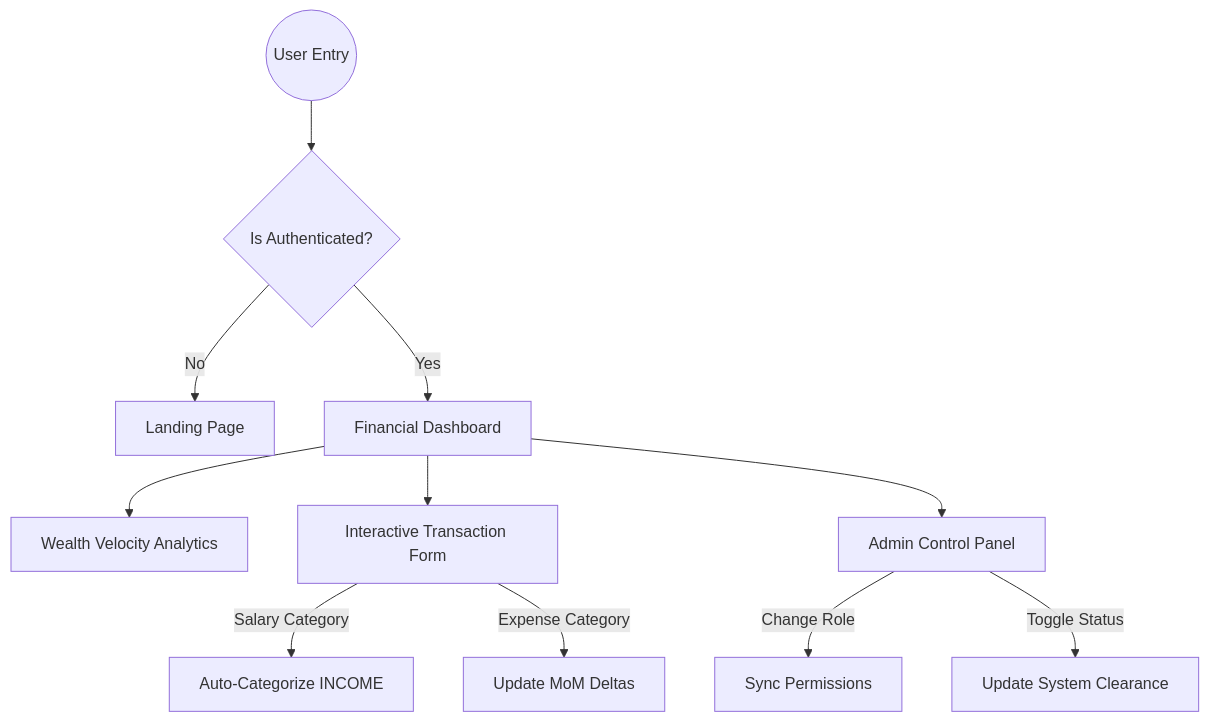
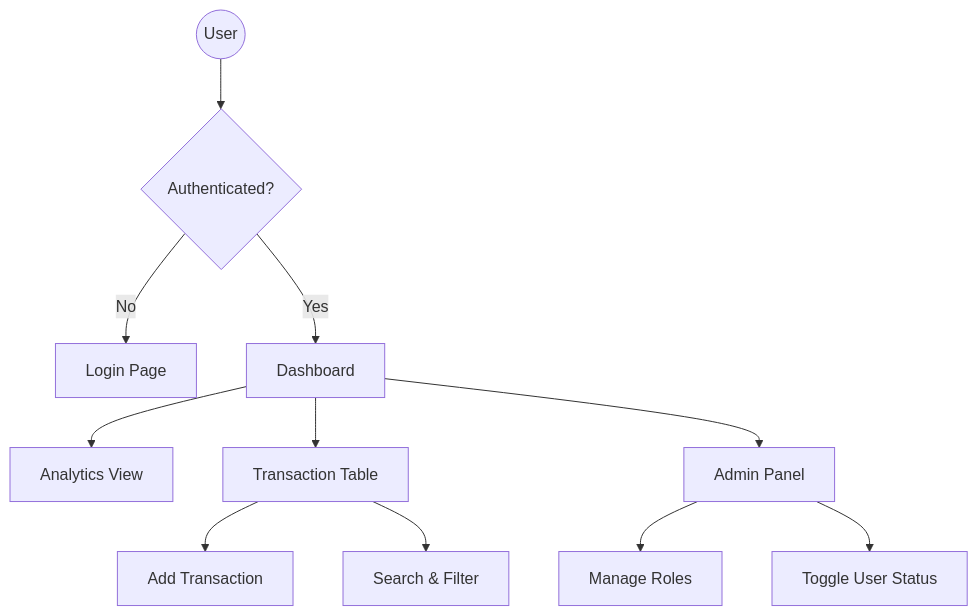
Before and after one commit to Tanmay24-ya/FinDash: the second of 3 diagrams in frontend/README.md, drawn with Mermaid. The commit also changed other lines of this file, not shown here.

````diff
--- a/frontend/README.md
+++ b/frontend/README.md
@@ -44,16 +96,17 @@
 ```mermaid
 graph TD
-    Entry((User Entry)) --> Auth{Is Authenticated?}
-    Auth -- No --> Landing[Landing Page]
-    Auth -- Yes --> Dashboard[Financial Dashboard]
+    Start((User)) --> Auth{Authenticated?}
     
-    Dashboard --> Analytics[Wealth Velocity Analytics]
-    Dashboard --> Form[Interactive Transaction Form]
-    Dashboard --> Admin[Admin Control Panel]
+    Auth -- No --> Login[Login Page]
+    Auth -- Yes --> Dashboard[Dashboard]
     
-    Form -- Salary Category --> AutoType[Auto-Categorize INCOME]
-    Form -- Expense Category --> DeltaCalc[Update MoM Deltas]
+    Dashboard --> Analytics[Analytics View]
+    Dashboard --> Records[Transaction Table]
+    Dashboard --> Admin[Admin Panel]
     
-    Admin -- Change Role --> RBACUpdate[Sync Permissions]
-    Admin -- Toggle Status --> SafetyLock[Update System Clearance]
+    Records --> Add[Add Transaction]
+    Records --> Filter[Search & Filter]
+    
+    Admin --> Role[Manage Roles]
+    Admin --> Status[Toggle User Status]
 ```
````
